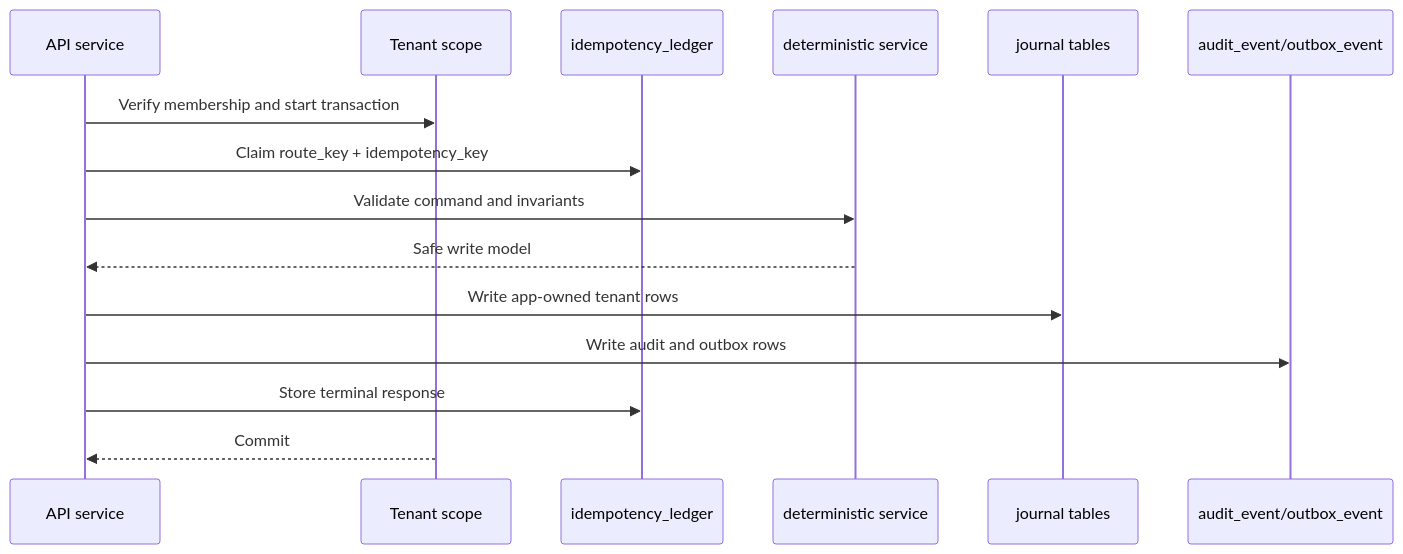
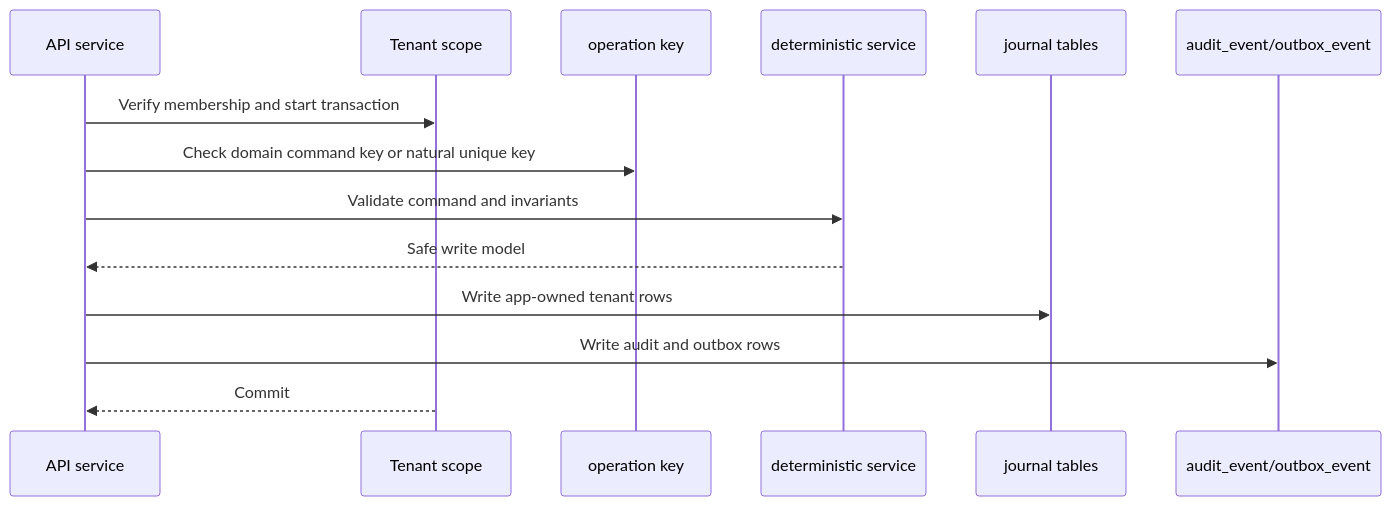
Before and after one commit to isherbuilds/edernal-books: the second of 2 diagrams in docs/superpowers/plans/2026-06-17-accounting-foundation-schema-revision-plan.md, drawn with Mermaid. The commit also changed other lines of this file and 35 other files, not shown here.

````diff
--- a/docs/superpowers/plans/2026-06-17-accounting-foundation-schema-revision-plan.md
+++ b/docs/superpowers/plans/2026-06-17-accounting-foundation-schema-revision-plan.md
@@ -117,18 +109,17 @@
 ```mermaid
 sequenceDiagram
   participant API as API service
   participant Scope as Tenant scope
-  participant Idem as idempotency_ledger
+  participant Idem as operation key
   participant Domain as deterministic service
   participant Ledger as journal tables
   participant Events as audit_event/outbox_event
 
   API->>Scope: Verify membership and start transaction
-  API->>Idem: Claim route_key + idempotency_key
+  API->>Idem: Check domain command key or natural unique key
   API->>Domain: Validate command and invariants
   Domain-->>API: Safe write model
   API->>Ledger: Write app-owned tenant rows
   API->>Events: Write audit and outbox rows
-  API->>Idem: Store terminal response
   Scope-->>API: Commit
 ```
````
